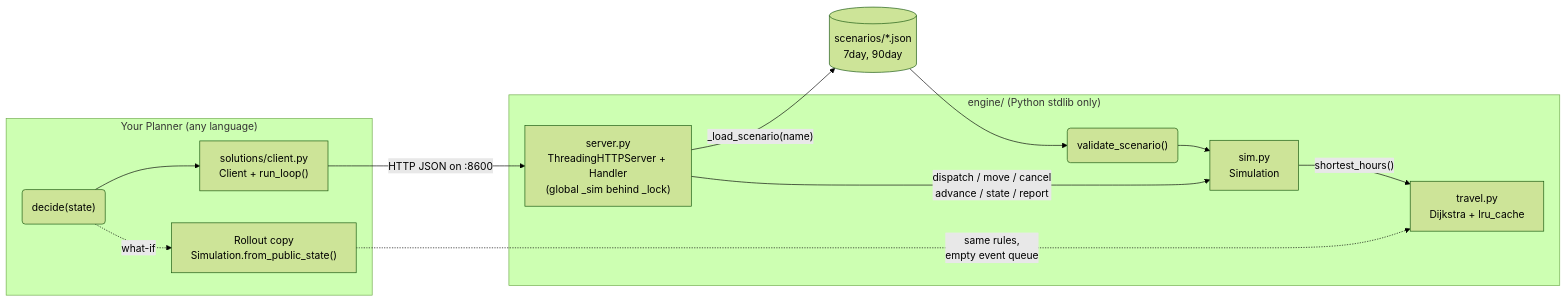
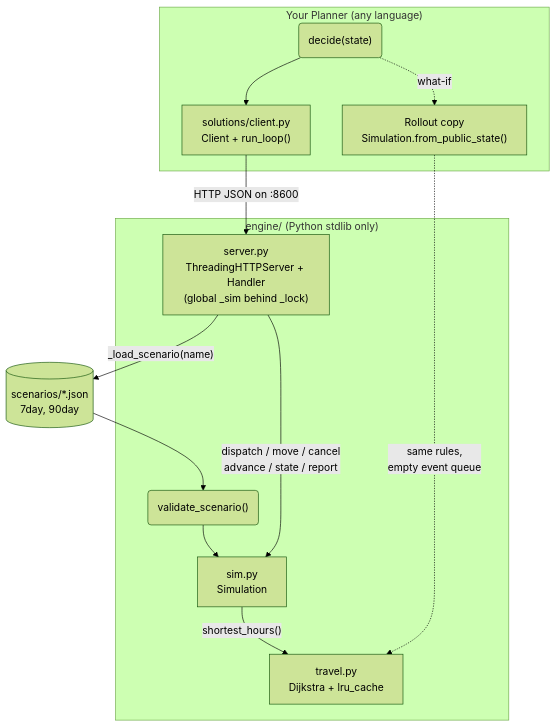
The second of 2 diagrams in uml.md (gelnerr/gelnerr), drawn with Mermaid (forest theme) before and after one commit.

````diff
--- a/uml.md
+++ b/uml.md
@@ -25,26 +25,28 @@
 ```mermaid
-flowchart LR
+flowchart TD
     subgraph PL["Your Planner (any language)"]
         D("decide(state)")
         C["solutions/client.py<br/>Client + run_loop()"]
         R["Rollout copy<br/>Simulation.from_public_state()"]
     end
 
     subgraph EN["engine/ (Python stdlib only)"]
         S["server.py<br/>ThreadingHTTPServer + Handler<br/>(global _sim behind _lock)"]
+        V("validate_scenario()")
         SIM["sim.py<br/>Simulation"]
-        V("validate_scenario()")
         T["travel.py<br/>Dijkstra + lru_cache"]
     end
 
     F[("scenarios/*.json<br/>7day, 90day")]
 
     D --> C
+    D -. "what-if" .-> R
+    
     C -- "HTTP JSON on :8600" --> S
     S -- "_load_scenario(name)" --> F
     F --> V --> SIM
     S -- "dispatch / move / cancel<br/>advance / state / report" --> SIM
     SIM -- "shortest_hours()" --> T
-    D -. "what-if" .-> R
+    
     R -. "same rules,<br/>empty event queue" .-> T
 ```
````
